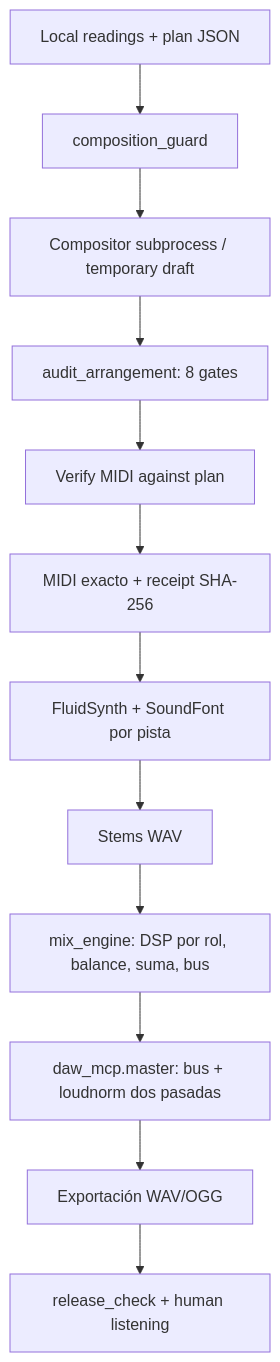
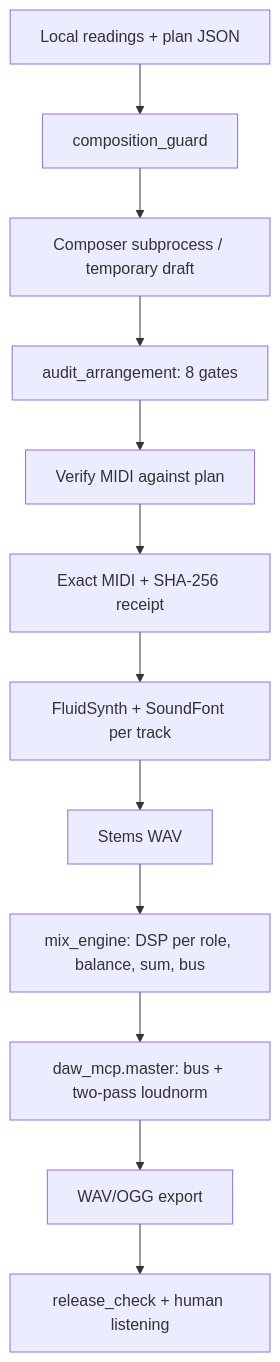
The diagram in docs/ARCHITECTURE.md (Zabat-code/hermes-music-daw), drawn with Mermaid before and after one commit. The commit also changed other lines of this file and 29 other files, not shown here.

````diff
--- a/docs/ARCHITECTURE.md
+++ b/docs/ARCHITECTURE.md
@@ -8,14 +8,14 @@
 ```mermaid
 flowchart TD
   R[Local readings + plan JSON] --> G[composition_guard]
-  G --> C[Compositor subprocess / temporary draft]
+  G --> C[Composer subprocess / temporary draft]
   C --> A[audit_arrangement: 8 gates]
   A --> V[Verify MIDI against plan]
-  V --> P[MIDI exacto + receipt SHA-256]
-  P --> F[FluidSynth + SoundFont por pista]
+  V --> P[Exact MIDI + SHA-256 receipt]
+  P --> F[FluidSynth + SoundFont per track]
   F --> S[Stems WAV]
-  S --> M[mix_engine: DSP por rol, balance, suma, bus]
-  M --> T[daw_mcp.master: bus + loudnorm dos pasadas]
-  T --> E[Exportación WAV/OGG]
+  S --> M[mix_engine: DSP per role, balance, sum, bus]
+  M --> T[daw_mcp.master: bus + two-pass loudnorm]
+  T --> E[WAV/OGG export]
   E --> Q[release_check + human listening]
 ```
````
